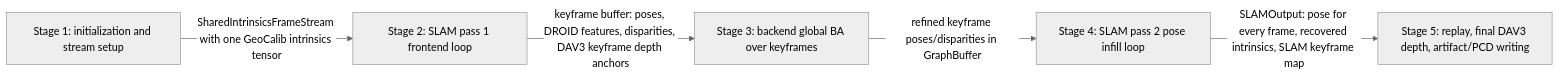
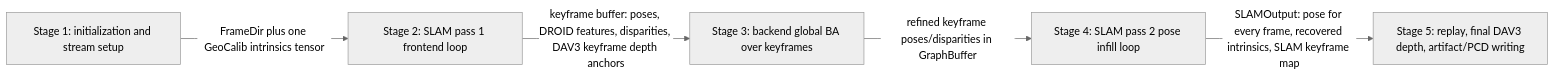
Before and after one commit to sadanand1120/vipe: the first of 13 diagrams in fullexplain.md, drawn with Mermaid (neutral theme). The commit also changed other lines of this file and 12 other files, not shown here.

````diff
--- a/fullexplain.md
+++ b/fullexplain.md
@@ -31,7 +27,7 @@
 ```mermaid
 flowchart LR
-    S1[Stage 1: initialization and stream setup] -->|SharedIntrinsicsFrameStream with one GeoCalib intrinsics tensor| S2[Stage 2: SLAM pass 1 frontend loop]
+    S1[Stage 1: initialization and stream setup] -->|FrameDir plus one GeoCalib intrinsics tensor| S2[Stage 2: SLAM pass 1 frontend loop]
     S2 -->|keyframe buffer: poses, DROID features, disparities, DAV3 keyframe depth anchors| S3[Stage 3: backend global BA over keyframes]
     S3 -->|refined keyframe poses/disparities in GraphBuffer| S4[Stage 4: SLAM pass 2 pose infill loop]
     S4 -->|SLAMOutput: pose for every frame, recovered intrinsics, SLAM keyframe map| S5[Stage 5: replay, final DAV3 depth, artifact/PCD writing]
 ```
````
